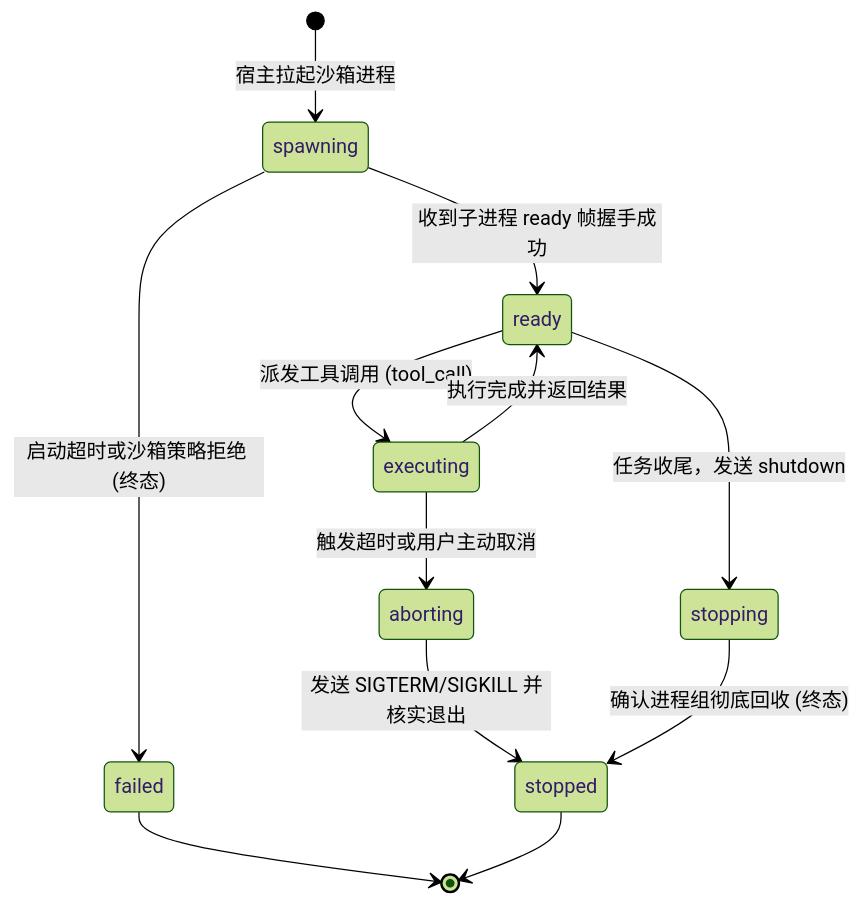
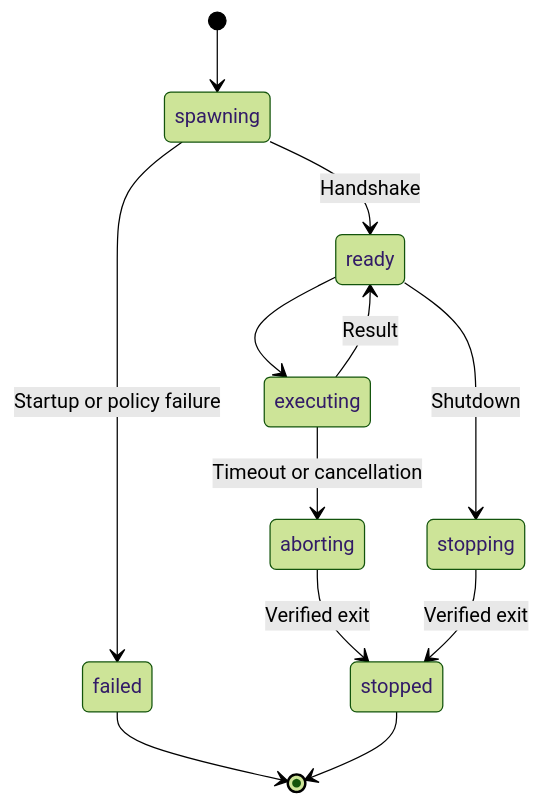
Before and after one commit to num-lab/Ruukoto: the first of 2 diagrams in docs/modules/execution.md, drawn with Mermaid (forest theme). The commit also changed other lines of this file and 3987 other files, not shown here.

````diff
--- a/docs/modules/execution.md
+++ b/docs/modules/execution.md
@@ -50,14 +35,14 @@
 ```mermaid
 stateDiagram-v2
-  [*] --> spawning: 宿主拉起沙箱进程
-  spawning --> ready: 收到子进程 ready 帧握手成功
-  spawning --> failed: 启动超时或沙箱策略拒绝 (终态)
-  ready --> executing: 派发工具调用 (tool_call)
-  executing --> ready: 执行完成并返回结果
-  executing --> aborting: 触发超时或用户主动取消
-  aborting --> stopped: 发送 SIGTERM/SIGKILL 并核实退出
-  ready --> stopping: 任务收尾，发送 shutdown
-  stopping --> stopped: 确认进程组彻底回收 (终态)
+  [*] --> spawning
+  spawning --> ready: Handshake
+  spawning --> failed: Startup or policy failure
+  ready --> executing
+  executing --> ready: Result
+  executing --> aborting: Timeout or cancellation
+  aborting --> stopped: Verified exit
+  ready --> stopping: Shutdown
+  stopping --> stopped: Verified exit
   failed --> [*]
   stopped --> [*]
 ```
````
